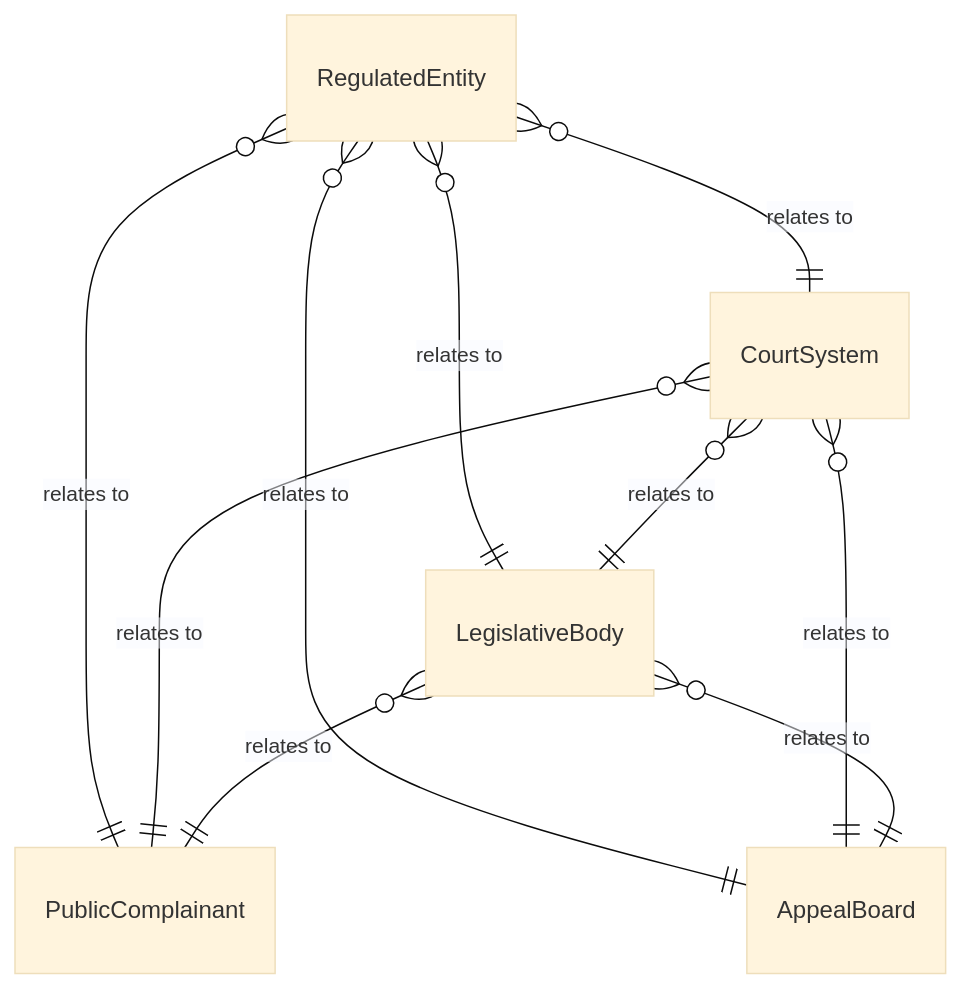
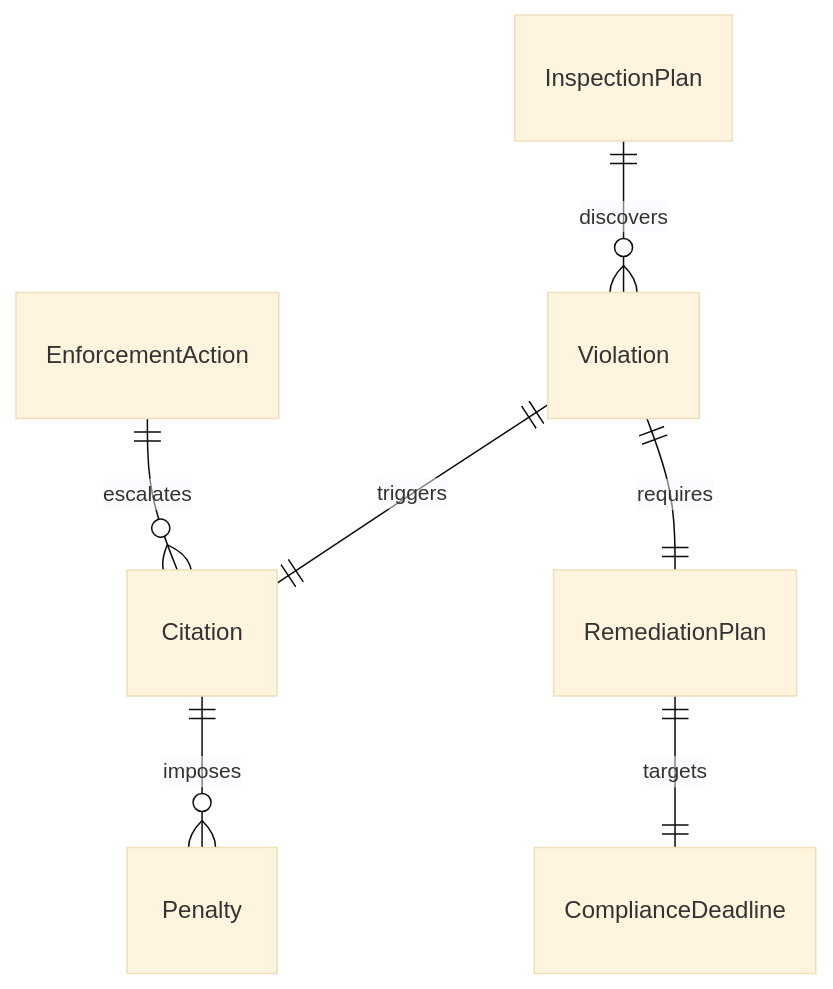
Before and after one commit to dot-org-ai/tasks.org.ai: the first of 4 diagrams in GuidingDirectingAndMotivatingSubordinates/DirectSecurityOrSafetyActivitiesOrOperations/CoordinateEnforcementLawsRegulations.mdx, drawn with Mermaid (base theme). The commit also changed other lines of this file and 515 other files, not shown here.

````diff
--- a/GuidingDirectingAndMotivatingSubordinates/DirectSecurityOrSafetyActivitiesOrOperations/CoordinateEnforcementLawsRegulations.mdx
+++ b/GuidingDirectingAndMotivatingSubordinates/DirectSecurityOrSafetyActivitiesOrOperations/CoordinateEnforcementLawsRegulations.mdx
@@ -90,12 +90,9 @@
 ```mermaid
 erDiagram
-    RegulatedEntity }o--|| CourtSystem : "relates to"
-    RegulatedEntity }o--|| LegislativeBody : "relates to"
-    RegulatedEntity }o--|| PublicComplainant : "relates to"
-    RegulatedEntity }o--|| AppealBoard : "relates to"
-    CourtSystem }o--|| LegislativeBody : "relates to"
-    CourtSystem }o--|| PublicComplainant : "relates to"
-    CourtSystem }o--|| AppealBoard : "relates to"
-    LegislativeBody }o--|| PublicComplainant : "relates to"
-    LegislativeBody }o--|| AppealBoard : "relates to"
+    InspectionPlan ||--o{ Violation : "discovers"
+    Violation ||--|| Citation : "triggers"
+    Citation ||--o{ Penalty : "imposes"
+    Violation ||--|| RemediationPlan : "requires"
+    RemediationPlan ||--|| ComplianceDeadline : "targets"
+    EnforcementAction ||--o{ Citation : "escalates"
 ```
````
